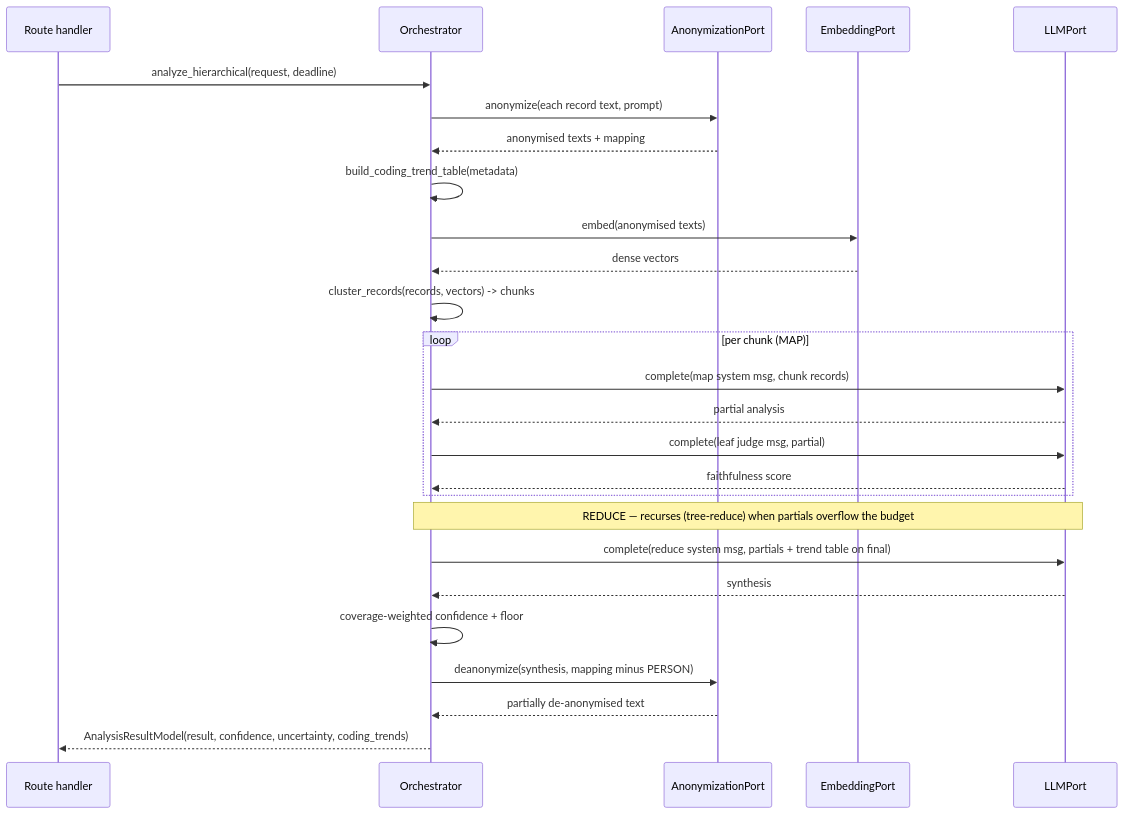
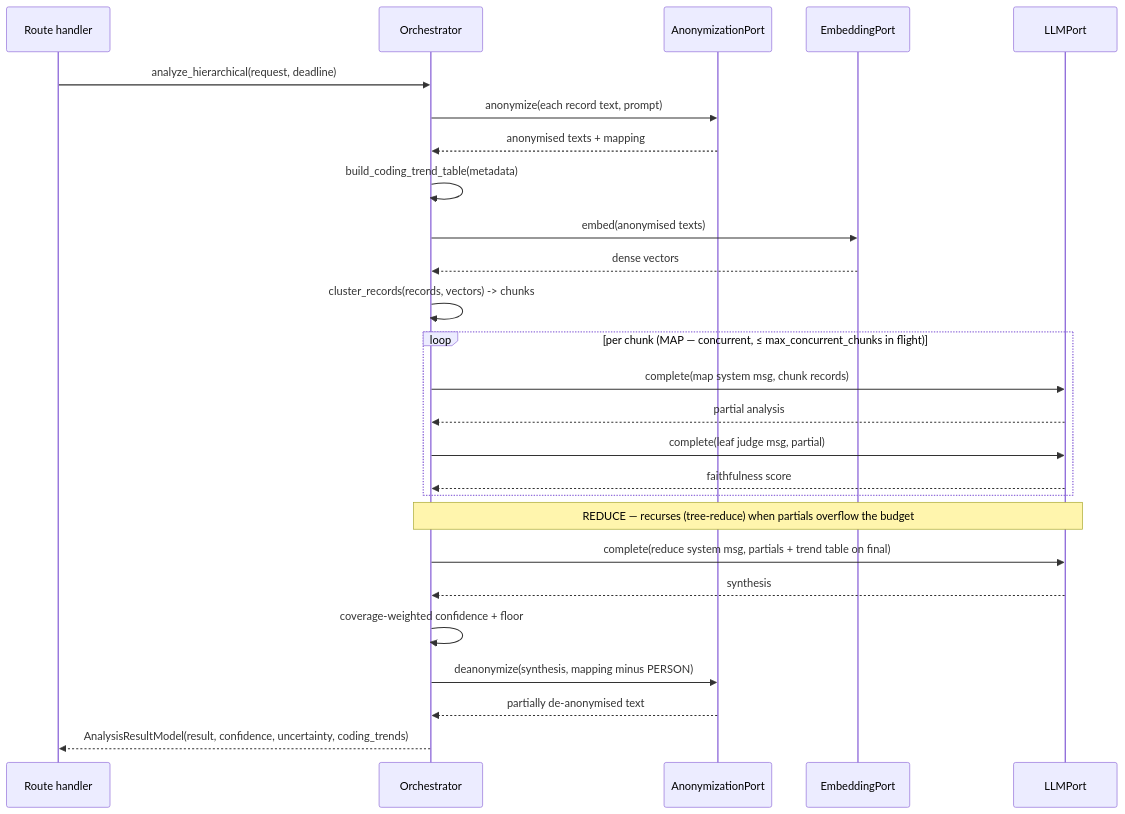
The second of 2 diagrams in docs/architecture/07-hierarchical-analysis.md (rodekruis/qualitative-feedback-analysis), drawn with Mermaid before and after one commit. The commit also changed other lines of this file and 3 other files, not shown here.

````diff
--- a/docs/architecture/07-hierarchical-analysis.md
+++ b/docs/architecture/07-hierarchical-analysis.md
@@ -129,29 +134,29 @@
 ```mermaid
 sequenceDiagram
     participant route as Route handler
     participant orch as Orchestrator
     participant anon as AnonymizationPort
     participant emb as EmbeddingPort
     participant llm as LLMPort
 
     route->>orch: analyze_hierarchical(request, deadline)
     orch->>anon: anonymize(each record text, prompt)
     anon-->>orch: anonymised texts + mapping
     orch->>orch: build_coding_trend_table(metadata)
     orch->>emb: embed(anonymised texts)
     emb-->>orch: dense vectors
     orch->>orch: cluster_records(records, vectors) -> chunks
-    loop per chunk (MAP)
+    loop per chunk (MAP — concurrent, ≤ max_concurrent_chunks in flight)
         orch->>llm: complete(map system msg, chunk records)
         llm-->>orch: partial analysis
         orch->>llm: complete(leaf judge msg, partial)
         llm-->>orch: faithfulness score
     end
     note over orch,llm: REDUCE — recurses (tree-reduce) when partials overflow the budget
     orch->>llm: complete(reduce system msg, partials + trend table on final)
     llm-->>orch: synthesis
     orch->>orch: coverage-weighted confidence + floor
     orch->>anon: deanonymize(synthesis, mapping minus PERSON)
     anon-->>orch: partially de-anonymised text
     orch-->>route: AnalysisResultModel(result, confidence, uncertainty, coding_trends)
 ```
````
